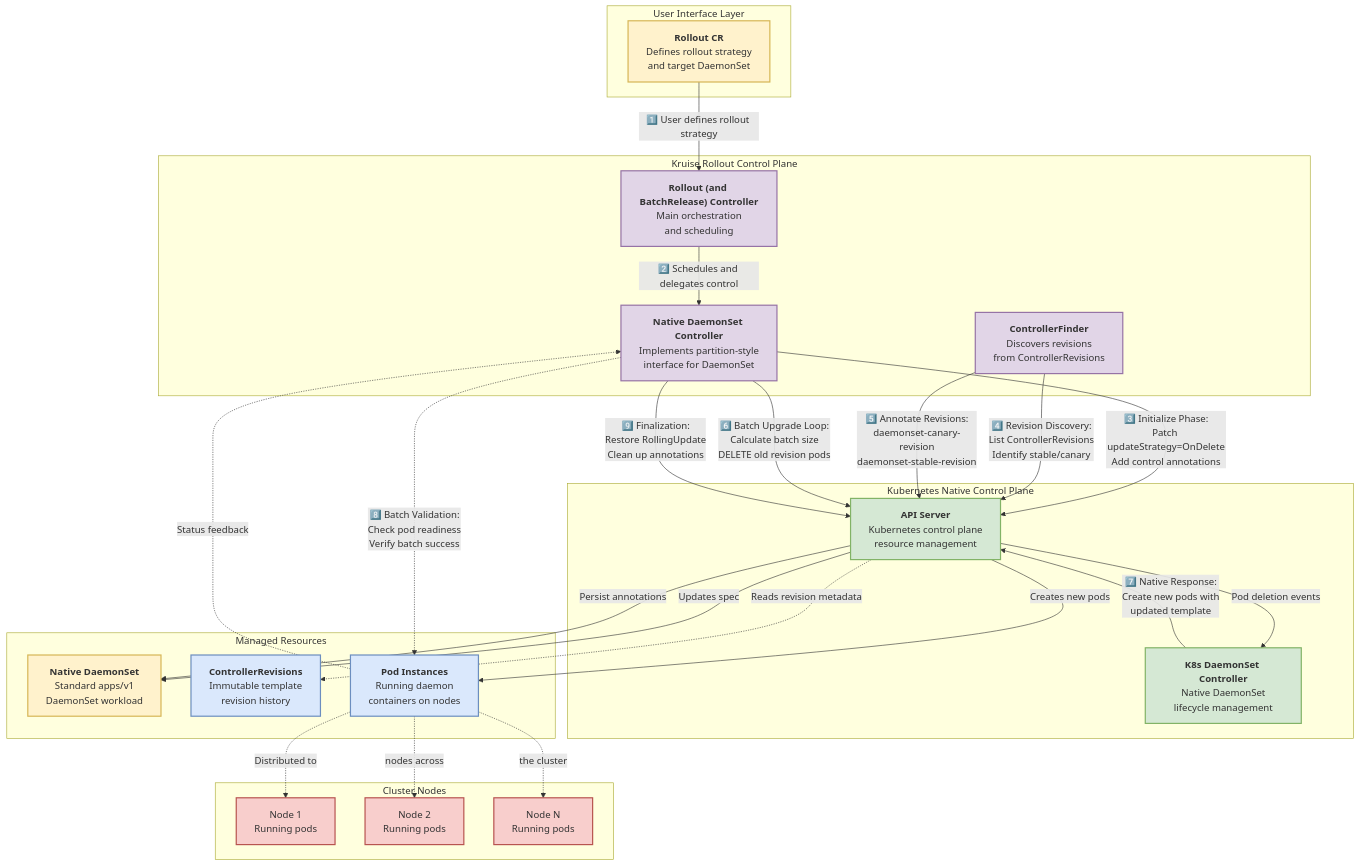
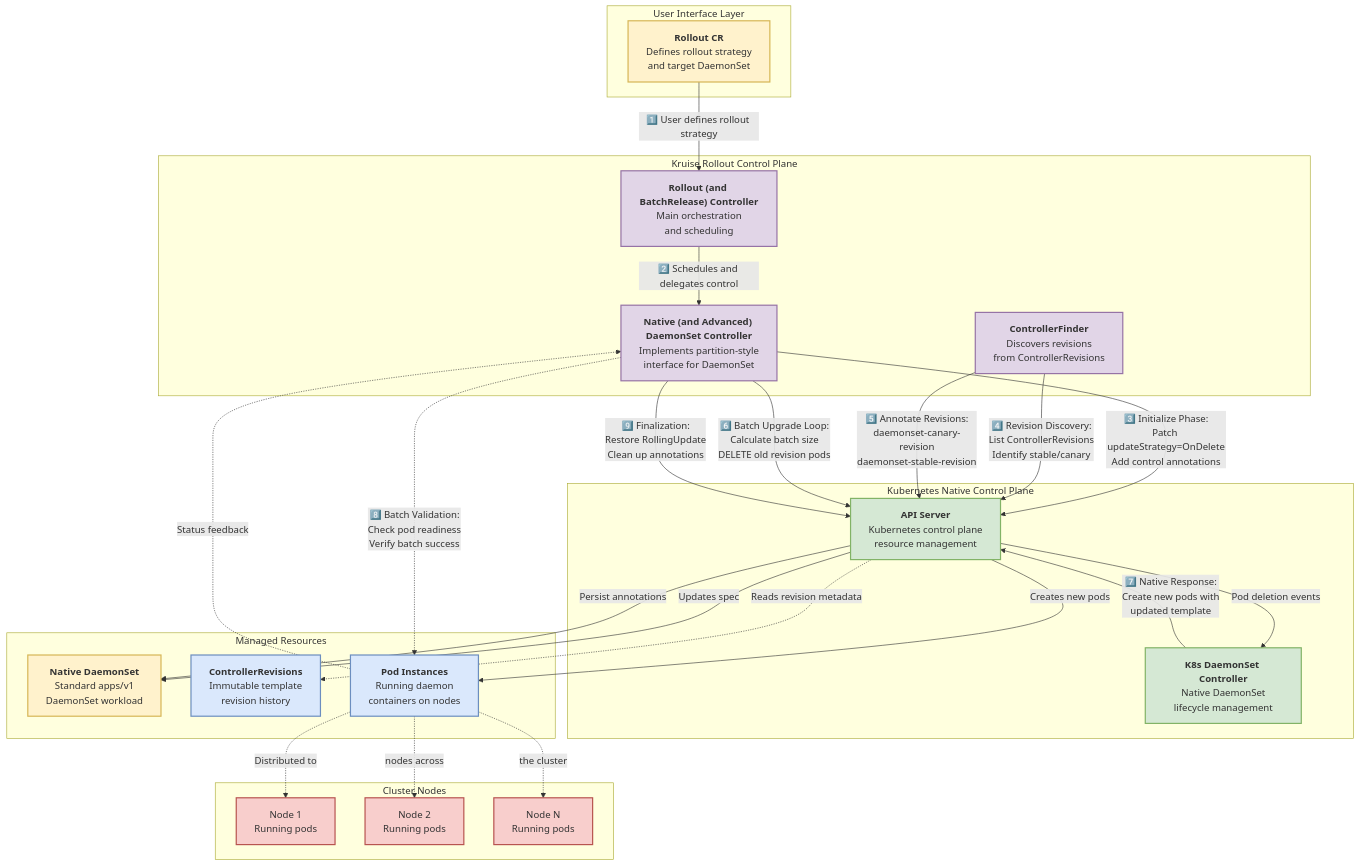
One commit to openkruise/rollouts changed the diagram in docs/proposals/20250924-native-daemonset-progressive-delivery.md. Above: the diagram before and after it, drawn with Mermaid.

Commit message:
tiny changes

````diff
--- a/docs/proposals/20250924-native-daemonset-progressive-delivery.md
+++ b/docs/proposals/20250924-native-daemonset-progressive-delivery.md
@@ -102,77 +102,77 @@
 ```mermaid
 graph TB
 %% User Layer
     subgraph "User Interface Layer"
         BR["<b>Rollout CR</b><br/>Defines rollout strategy<br/>and target DaemonSet"]
     end
 
 %% Kruise Rollout Controllers
     subgraph "Kruise Rollout Control Plane"
         RC["<b>Rollout (and BatchRelease) Controller</b><br/>Main orchestration<br/>and scheduling"]
         CF["<b>ControllerFinder</b><br/>Discovers revisions<br/>from ControllerRevisions"]
-        NDC["<b>Native DaemonSet Controller</b><br/>Implements partition-style<br/>interface for DaemonSet"]
+        NDC["<b>Native (and Advanced) DaemonSet Controller</b><br/>Implements partition-style<br/>interface for DaemonSet"]
     end
 
 %% Kubernetes Native Layer  
     subgraph "Kubernetes Native Control Plane"
         API["<b>API Server</b><br/>Kubernetes control plane<br/>resource management"]
         KDC["<b>K8s DaemonSet Controller</b><br/>Native DaemonSet<br/>lifecycle management"]
     end
 
 %% Managed Resources
     subgraph "Managed Resources"
         DS["<b>Native DaemonSet</b><br/>Standard apps/v1<br/>DaemonSet workload"]
         CR["<b>ControllerRevisions</b><br/>Immutable template<br/>revision history"]
         PODS["<b>Pod Instances</b><br/>Running daemon<br/>containers on nodes"]
     end
 
 %% Node Layer
     subgraph "Cluster Nodes"
         N1["Node 1<br/>Running pods"]
         N2["Node 2<br/>Running pods"]
         N3["Node N<br/>Running pods"]
     end
 
 %% Workflow Steps
     BR -->|"1️⃣ User defines rollout strategy"| RC
     RC -->|"2️⃣ Schedules and delegates control"| NDC
 
     NDC -->|"3️⃣ Initialize Phase:<br/>Patch updateStrategy=OnDelete<br/>Add control annotations"| API
     API -->|"Updates spec"| DS
 
     CF -->|"4️⃣ Revision Discovery:<br/>List ControllerRevisions<br/>Identify stable/canary"| API
     API -.->|"Reads revision metadata"| CR
 
     CF -->|"5️⃣ Annotate Revisions:<br/>daemonset-canary-revision<br/>daemonset-stable-revision"| API
     API -->|"Persist annotations"| DS
 
     NDC -->|"6️⃣ Batch Upgrade Loop:<br/>Calculate batch size<br/>DELETE old revision pods"| API
 
     API -->|"Pod deletion events"| KDC
     KDC -->|"7️⃣ Native Response:<br/>Create new pods with<br/>updated template"| API
 
     API -->|"Creates new pods"| PODS
     NDC -.->|"8️⃣ Batch Validation:<br/>Check pod readiness<br/>Verify batch success"| PODS
 
     PODS -.->|"Status feedback"| NDC
 
     NDC -->|"9️⃣ Finalization:<br/>Restore RollingUpdate<br/>Clean up annotations"| API
 
 %% Pod distribution
     PODS -.->|"Distributed to"| N1
     PODS -.->|"nodes across"| N2
     PODS -.->|"the cluster"| N3
 
 %% Styling
     classDef userLayer fill:#fff2cc,stroke:#d6b656,stroke-width:2px
     classDef controllerLayer fill:#e1d5e7,stroke:#9673a6,stroke-width:2px
     classDef k8sLayer fill:#d5e8d4,stroke:#82b366,stroke-width:2px
     classDef resourceLayer fill:#dae8fc,stroke:#6c8ebf,stroke-width:2px
     classDef nodeLayer fill:#f8cecc,stroke:#b85450,stroke-width:2px
 
     class BR,DS userLayer
     class RC,CF,NDC controllerLayer
     class API,KDC k8sLayer
     class CR,PODS resourceLayer
     class N1,N2,N3 nodeLayer
 ```
````
